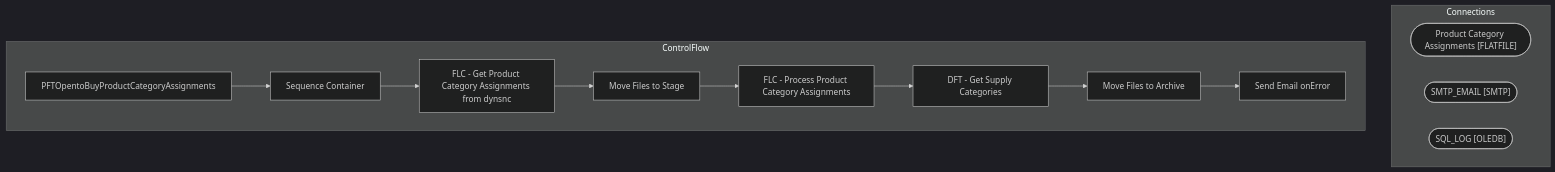
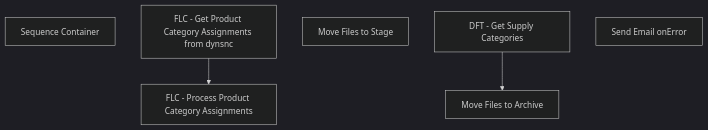
Before and after one commit to juanandresbrain/BABSkills: the diagram in bab-docs-explorer/Documentation/STL-SSIS-P-01/SSIS/SSIS/ERPSuppliesProcessing.PFTOpentoBuyProductCategoryAssignments.md, drawn with Mermaid (dark theme). The commit also changed other lines of this file and 273 other files, not shown here.

````diff
--- a/bab-docs-explorer/Documentation/STL-SSIS-P-01/SSIS/SSIS/ERPSuppliesProcessing.PFTOpentoBuyProductCategoryAssignments.md
+++ b/bab-docs-explorer/Documentation/STL-SSIS-P-01/SSIS/SSIS/ERPSuppliesProcessing.PFTOpentoBuyProductCategoryAssignments.md
@@ -9,25 +42,12 @@
 ```mermaid
 flowchart TD
-    subgraph Connections
-        Product_Category_Assignments_conn(["Product Category Assignments [FLATFILE]"])
-        SMTP_EMAIL_conn(["SMTP_EMAIL [SMTP]"])
-        SQL_LOG_conn(["SQL_LOG [OLEDB]"])
-    end
-    subgraph ControlFlow
-        PFTOpentoBuyProductCategoryAssignments_task["PFTOpentoBuyProductCategoryAssignments"]
-        Sequence_Container_task["Sequence Container"]
-        PFTOpentoBuyProductCategoryAssignments_task --> Sequence_Container_task
-        FLC___Get_Product_Category_Assignments_from_dynsnc_task["FLC - Get Product Category Assignments from dynsnc"]
-        Sequence_Container_task --> FLC___Get_Product_Category_Assignments_from_dynsnc_task
-        Move_Files_to_Stage_task["Move Files to Stage"]
-        FLC___Get_Product_Category_Assignments_from_dynsnc_task --> Move_Files_to_Stage_task
-        FLC___Process_Product_Category_Assignments_task["FLC - Process Product Category Assignments"]
-        Move_Files_to_Stage_task --> FLC___Process_Product_Category_Assignments_task
-        DFT___Get_Supply_Categories_task["DFT - Get Supply Categories"]
-        FLC___Process_Product_Category_Assignments_task --> DFT___Get_Supply_Categories_task
-        Move_Files_to_Archive_task["Move Files to Archive"]
-        DFT___Get_Supply_Categories_task --> Move_Files_to_Archive_task
-        Send_Email_onError_task["Send Email onError"]
-        Move_Files_to_Archive_task --> Send_Email_onError_task
-    end
+    n_Package_Sequence_Container["Sequence Container"]
+    n_Package_Sequence_Container_FLC___Get_Product_Category_Assignments_from_dynsnc["FLC - Get Product Category Assignments from dynsnc"]
+    n_Package_Sequence_Container_FLC___Get_Product_Category_Assignments_from_dynsnc_Move_Files_to_Stage["Move Files to Stage"]
+    n_Package_Sequence_Container_FLC___Process_Product_Category_Assignments["FLC - Process Product Category Assignments"]
+    n_Package_Sequence_Container_FLC___Process_Product_Category_Assignments_DFT___Get_Supply_Categories["DFT - Get Supply Categories"]
+    n_Package_Sequence_Container_FLC___Process_Product_Category_Assignments_Move_Files_to_Archive["Move Files to Archive"]
+    n_Package_EventHandlers_OnError__Send_Email_onError["Send Email onError"]
+    n_Package_Sequence_Container_FLC___Process_Product_Category_Assignments_DFT___Get_Supply_Categories --> n_Package_Sequence_Container_FLC___Process_Product_Category_Assignments_Move_Files_to_Archive
+    n_Package_Sequence_Container_FLC___Get_Product_Category_Assignments_from_dynsnc --> n_Package_Sequence_Container_FLC___Process_Product_Category_Assignments
 ```
````
